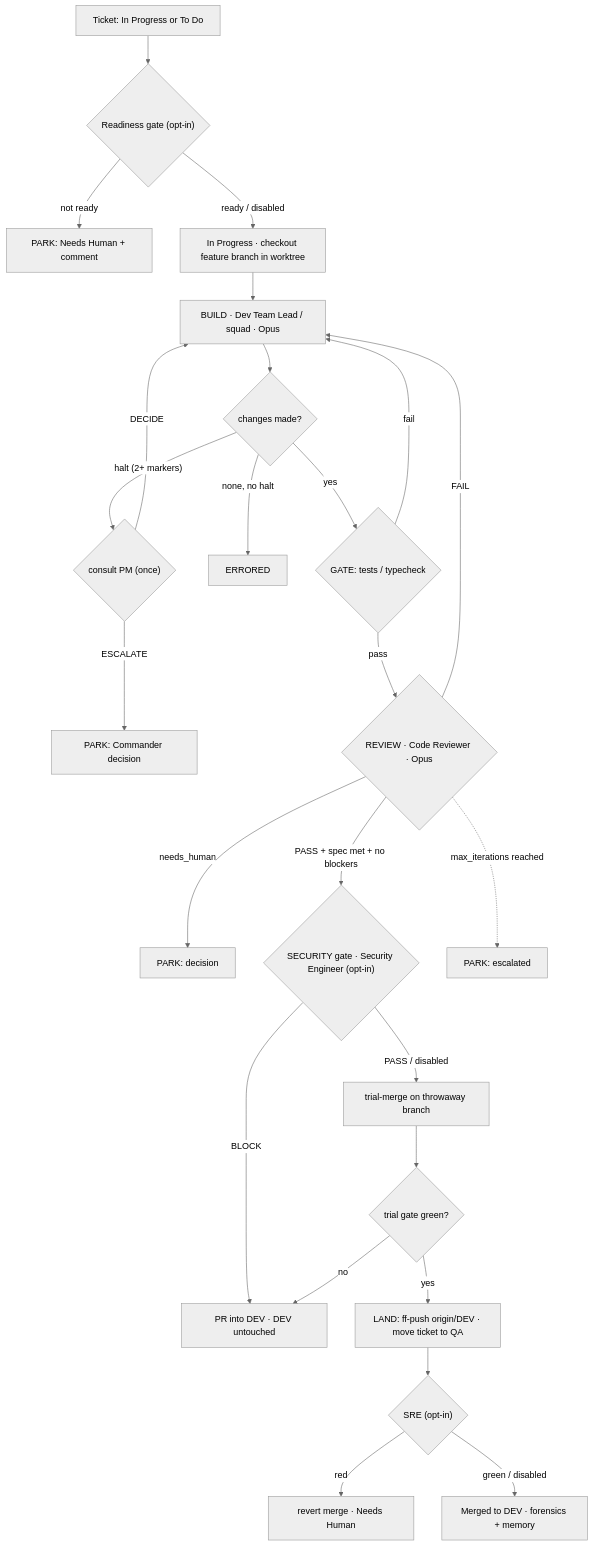
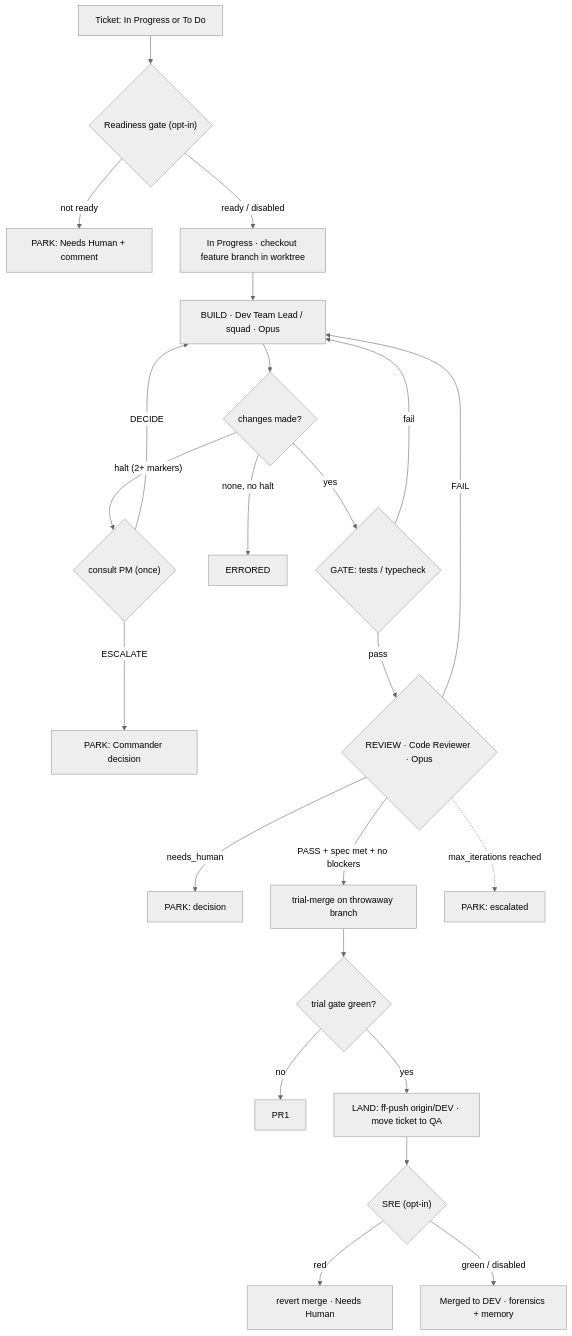
One commit to roman-berlin/Elite-Squad changed the second of 3 diagrams in Documentation/SYSTEM_OVERVIEW.md. Above: the diagram before and after it, drawn with Mermaid (neutral theme). The commit also changed other lines of this file and 3 other files, not shown here.

First line of the commit message:
docs(collapse): scrub the deleted security gate from the system docs

````diff
--- a/Documentation/SYSTEM_OVERVIEW.md
+++ b/Documentation/SYSTEM_OVERVIEW.md
@@ -165,27 +163,25 @@
 ```mermaid
 flowchart TD
   A["Ticket: In Progress or To Do"] --> B{"Readiness gate (opt-in)"}
   B -->|"not ready"| P1["PARK: Needs Human + comment"]
   B -->|"ready / disabled"| C["In Progress · checkout feature branch in worktree"]
   C --> D["BUILD · Dev Team Lead / squad · Opus"]
   D --> E{"changes made?"}
   E -->|"halt (2+ markers)"| PM{"consult PM (once)"}
   PM -->|"DECIDE"| D
   PM -->|"ESCALATE"| P2["PARK: Commander decision"]
   E -->|"none, no halt"| ER["ERRORED"]
   E -->|"yes"| F{"GATE: tests / typecheck"}
   F -->|"fail"| D
   F -->|"pass"| R{"REVIEW · Code Reviewer · Opus"}
   R -->|"needs_human"| P3["PARK: decision"]
   R -->|"FAIL"| D
-  R -->|"PASS + spec met + no blockers"| S{"SECURITY gate · Security Engineer (opt-in)"}
-  S -->|"BLOCK"| PR1["PR into DEV · DEV untouched"]
-  S -->|"PASS / disabled"| L["trial-merge on throwaway branch"]
+  R -->|"PASS + spec met + no blockers"| L["trial-merge on throwaway branch"]
   L --> G2{"trial gate green?"}
   G2 -->|"no"| PR1
   G2 -->|"yes"| LAND["LAND: ff-push origin/DEV · move ticket to QA"]
   LAND --> SEN{"SRE (opt-in)"}
   SEN -->|"red"| REV["revert merge · Needs Human"]
   SEN -->|"green / disabled"| DONE["Merged to DEV · forensics + memory"]
   R -.->|"max_iterations reached"| P4["PARK: escalated"]
 ```
````
